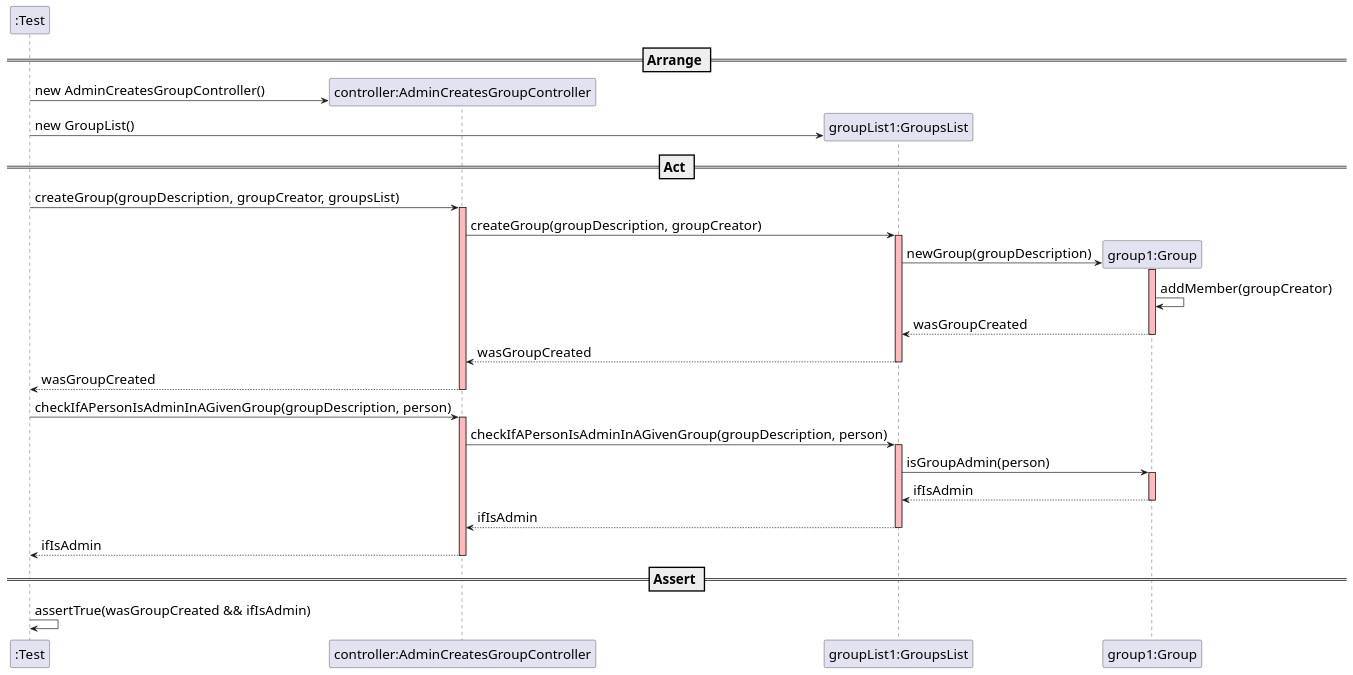
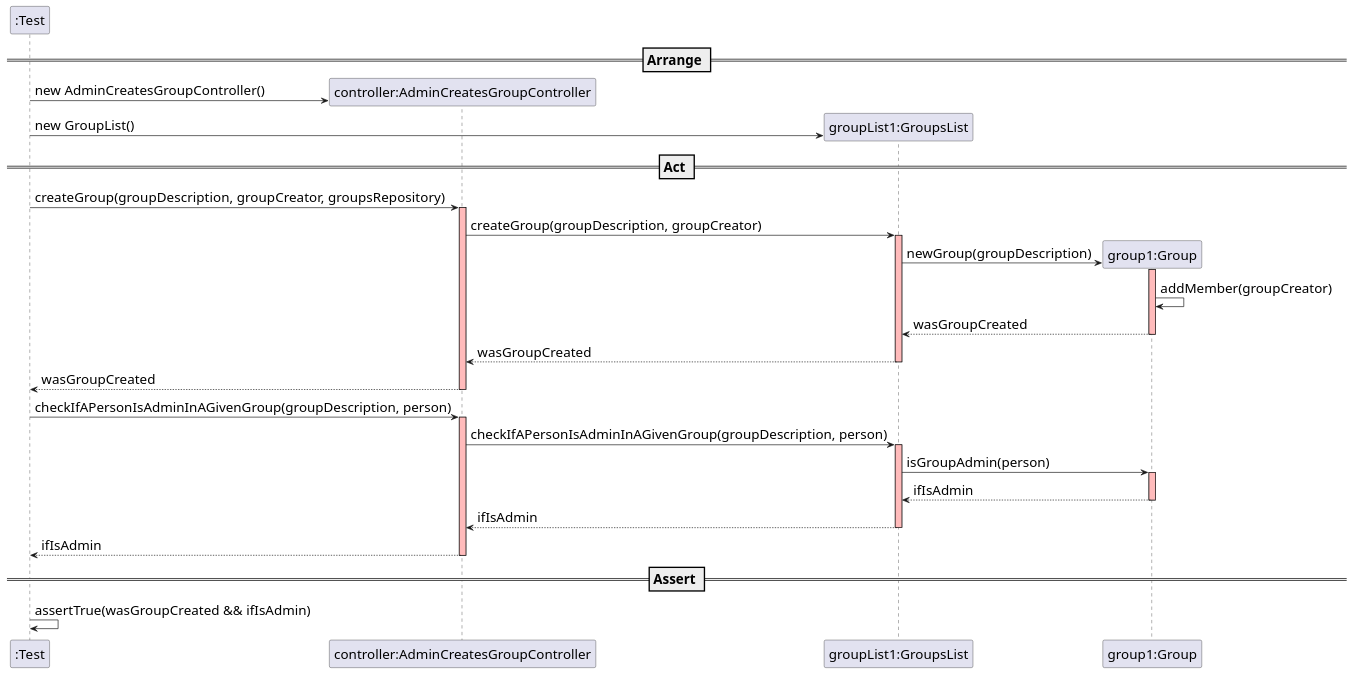
One commit to mleitaoribeiro/DevOpsMaven changed the diagram in src/main/java/switch2019/project/controllers/AdminCreatesGroupControllerSD.puml. Above: the diagram before and after it, drawn with PlantUML. The commit also changed 29 other files, not shown here.

Commit message:
fix #569: Sprint 3 - DDD Refactoring - Create GroupRepository - renamed GroupsList to GroupsRepository Package

```diff
--- a/src/main/java/switch2019/project/controllers/AdminCreatesGroupControllerSD.puml
+++ b/src/main/java/switch2019/project/controllers/AdminCreatesGroupControllerSD.puml
@@ -1,45 +1,45 @@
 @startuml
 skinparam DefaultFontSize 20
 create ":Test"
 
 == Arrange ==
 create "controller:AdminCreatesGroupController"
 ":Test" -> "controller:AdminCreatesGroupController" : new AdminCreatesGroupController()
 
 create "groupList1:GroupsList"
 ":Test" -> "groupList1:GroupsList" : new GroupList()
 
 == Act ==
 
-":Test" -> "controller:AdminCreatesGroupController" : createGroup(groupDescription, groupCreator, groupsList)
+":Test" -> "controller:AdminCreatesGroupController" : createGroup(groupDescription, groupCreator, groupsRepository)
 activate "controller:AdminCreatesGroupController" #FFBBBB
 "controller:AdminCreatesGroupController" -> "groupList1:GroupsList" : createGroup(groupDescription, groupCreator)
 create "group1:Group"
 activate "groupList1:GroupsList" #FFBBBB
 "groupList1:GroupsList" -> "group1:Group": newGroup(groupDescription)
 activate "group1:Group" #FFBBBB
 "group1:Group" ->"group1:Group": addMember(groupCreator)
 "group1:Group" -->"groupList1:GroupsList": wasGroupCreated
 deactivate "group1:Group" #FFBBBB
 "groupList1:GroupsList" --> "controller:AdminCreatesGroupController": wasGroupCreated
 deactivate "groupList1:GroupsList" #FFBBBB
 "controller:AdminCreatesGroupController" --> ":Test": wasGroupCreated
 deactivate "controller:AdminCreatesGroupController" #FFBBBB
 
 ":Test" -> "controller:AdminCreatesGroupController" : checkIfAPersonIsAdminInAGivenGroup(groupDescription, person)
 activate "controller:AdminCreatesGroupController" #FFBBBB
 "controller:AdminCreatesGroupController" -> "groupList1:GroupsList" : checkIfAPersonIsAdminInAGivenGroup(groupDescription, person)
 activate "groupList1:GroupsList" #FFBBBB
 "groupList1:GroupsList" -> "group1:Group" : isGroupAdmin(person)
 activate "group1:Group" #FFBBBB
 "group1:Group" -->"groupList1:GroupsList": ifIsAdmin
 deactivate "group1:Group" #FFBBBB
 "groupList1:GroupsList" --> "controller:AdminCreatesGroupController": ifIsAdmin
 deactivate "groupList1:GroupsList" #FFBBBB
 "controller:AdminCreatesGroupController" --> ":Test": ifIsAdmin
 deactivate "controller:AdminCreatesGroupController" #FFBBBB
 == Assert ==
 
 ":Test" -> ":Test" : assertTrue(wasGroupCreated && ifIsAdmin)
 
 @enduml
```
